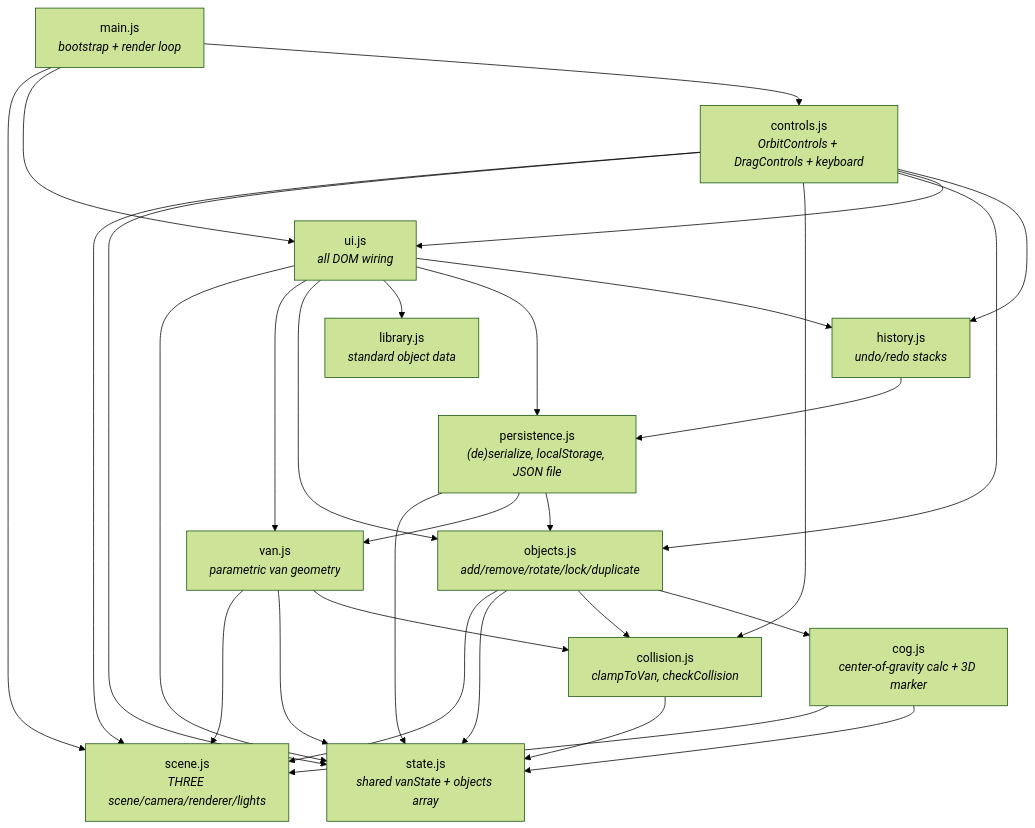
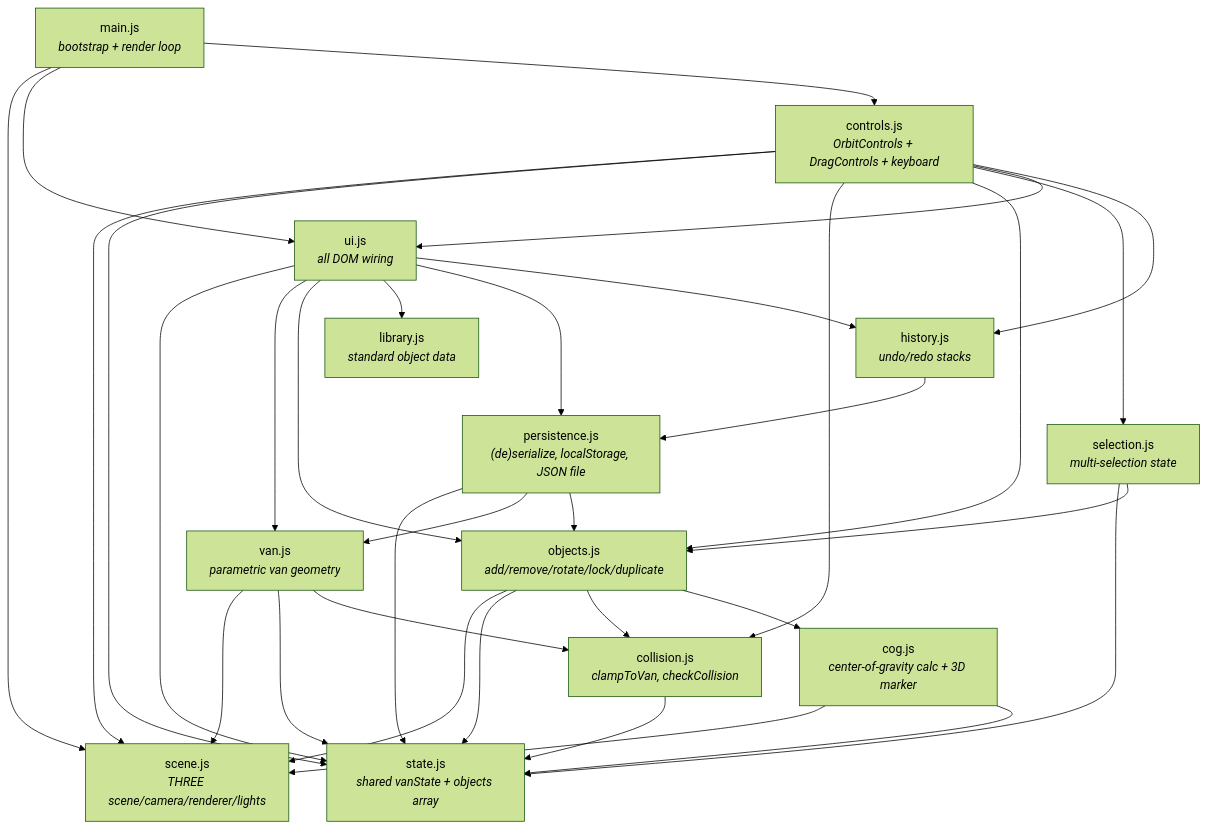
Before and after one commit to mycaravam-crypto/vanspace3d: the diagram in prototype/README.md, drawn with Mermaid (forest theme). The commit also changed other lines of this file and 9 other files, not shown here.

````diff
--- a/prototype/README.md
+++ b/prototype/README.md
@@ -73,26 +77,28 @@
 ```mermaid
 flowchart TD
     state["state.js<br/><i>shared vanState + objects array</i>"]
     scene["scene.js<br/><i>THREE scene/camera/renderer/lights</i>"]
     library["library.js<br/><i>standard object data</i>"]
     collision["collision.js<br/><i>clampToVan, checkCollision</i>"]
     cog["cog.js<br/><i>center-of-gravity calc + 3D marker</i>"]
     van["van.js<br/><i>parametric van geometry</i>"]
     objects["objects.js<br/><i>add/remove/rotate/lock/duplicate</i>"]
+    selection["selection.js<br/><i>multi-selection state</i>"]
     persistence["persistence.js<br/><i>(de)serialize, localStorage, JSON file</i>"]
     history["history.js<br/><i>undo/redo stacks</i>"]
     ui["ui.js<br/><i>all DOM wiring</i>"]
     controls["controls.js<br/><i>OrbitControls + DragControls + keyboard</i>"]
     main["main.js<br/><i>bootstrap + render loop</i>"]
 
     collision --> state
     cog --> scene
     cog --> state
     van --> scene & state & collision
     objects --> scene & state & collision & cog
+    selection --> state & objects
     persistence --> state & van & objects
     history --> persistence
     ui --> state & van & objects & library & persistence & history
-    controls --> scene & state & collision & objects & ui & history
+    controls --> scene & state & collision & objects & selection & ui & history
     main --> scene & ui & controls
 ```
````
